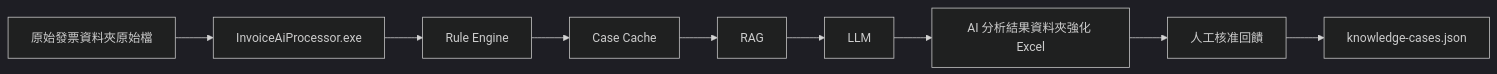
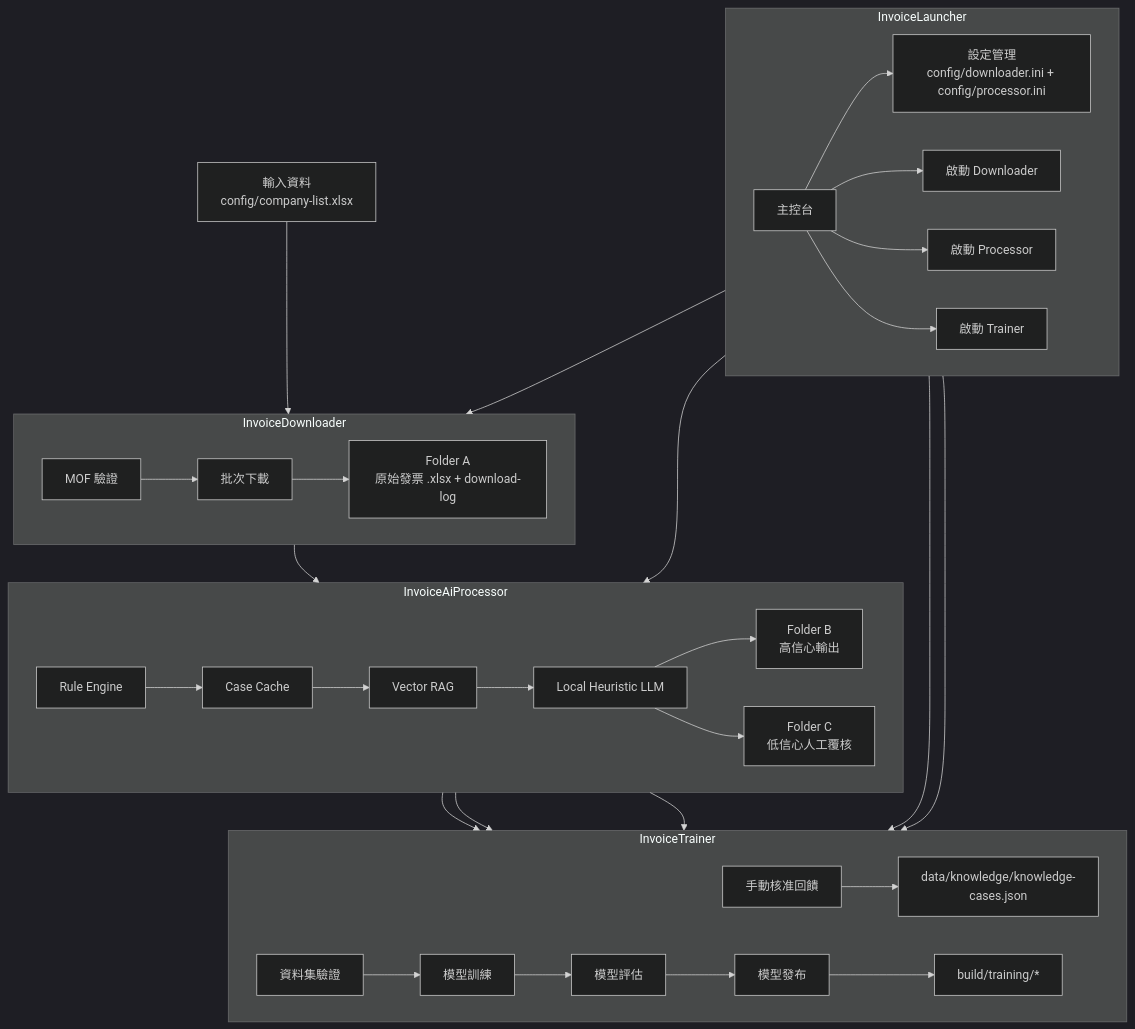
Before and after one commit to greensaga444/invoice-intelligence-assistant: the diagram in README.md, drawn with Mermaid (dark theme). The commit also changed other lines of this file, not shown here.

Commit message:
docs: update README workflow and module flowchart

````diff
--- a/README.md
+++ b/README.md
@@ -349,11 +55,59 @@
 ```mermaid
-flowchart LR
-		A[原始發票資料夾原始檔] --> B[InvoiceAiProcessor.exe]
-		B --> C[Rule Engine]
-		C --> D[Case Cache]
-		D --> E[RAG]
-		E --> F[LLM]
-		F --> G[AI 分析結果資料夾強化 Excel]
-		G --> H[人工核准回饋]
-		H --> I[knowledge-cases.json]
+flowchart TB
+    subgraph LA[InvoiceLauncher]
+        direction LR
+        A[主控台]
+        B[設定管理<br/>config/downloader.ini + config/processor.ini]
+        C[啟動 Downloader]
+        D[啟動 Processor]
+        E[啟動 Trainer]
+        A --> B
+        A --> C
+        A --> D
+        A --> E
+    end
+
+    subgraph DW[InvoiceDownloader]
+        direction LR
+        G[MOF 驗證]
+        H[批次下載]
+        I[Folder A<br/>原始發票 .xlsx + download-log]
+        G --> H --> I
+    end
+
+    subgraph PR[InvoiceAiProcessor]
+        direction LR
+        J[Rule Engine]
+        K[Case Cache]
+        L2[Vector RAG]
+        M[Local Heuristic LLM]
+        N[Folder B<br/>高信心輸出]
+        O[Folder C<br/>低信心人工覆核]
+        J --> K --> L2 --> M
+        M --> N
+        M --> O
+    end
+
+    subgraph TR[InvoiceTrainer]
+        direction LR
+        P[手動核准回饋]
+        Q[data/knowledge/knowledge-cases.json]
+        R[資料集驗證]
+        S[模型訓練]
+        T[模型評估]
+        U[模型發布]
+        V[build/training/*]
+        P --> Q
+        R --> S --> T --> U --> V
+    end
+
+    F[輸入資料<br/>config/company-list.xlsx] --> G
+    C --> G
+    I --> J
+    D --> J
+    O --> P
+    O --> R
+    N --> R
+    E --> P
+    E --> R
 ```
````
